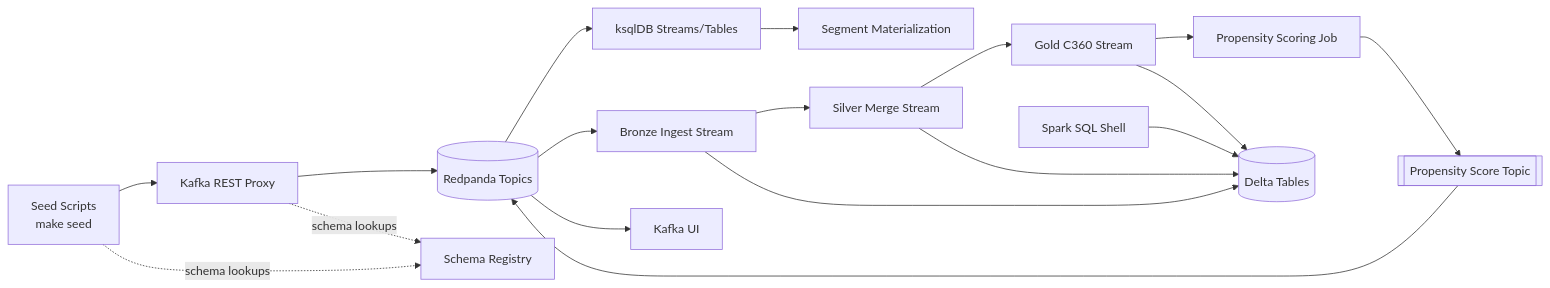
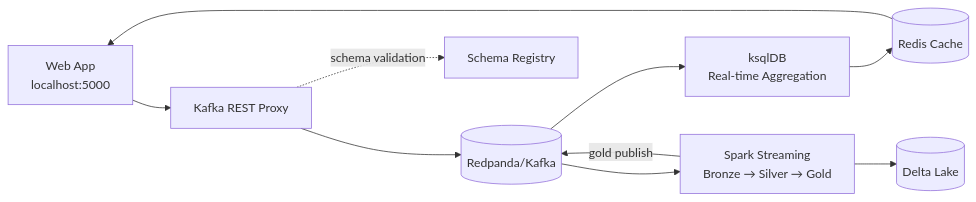
Before and after one commit to fbrzx/mkt-streams: the diagram in README.md, drawn with Mermaid. The commit also changed other lines of this file and 15 other files, not shown here.

````diff
--- a/README.md
+++ b/README.md
@@ -7,20 +15,12 @@
 ```mermaid
 flowchart LR
-    Seed[Seed Scripts<br/>make seed] --> REST[Kafka REST Proxy]
-    REST --> RP[(Redpanda Topics)]
-    Seed -. schema lookups .-> Schema[Schema Registry]
-    REST -. schema lookups .-> Schema
-    RP --> KSQL[ksqlDB Streams/Tables]
-    KSQL --> Segment[Segment Materialization]
-    RP --> SparkIngest[Bronze Ingest Stream]
-    SparkIngest --> SparkSilver[Silver Merge Stream]
-    SparkSilver --> SparkGold[Gold C360 Stream]
-    SparkGold --> Score[Propensity Scoring Job]
-    Score --> Propensity[[Propensity Score Topic]]
-    Propensity --> RP
-    RP --> KafkaUI[Kafka UI]
-    SparkIngest --> Delta[(Delta Tables)]
-    SparkSilver --> Delta
-    SparkGold --> Delta
-    SparkSQL[Spark SQL Shell] --> Delta
+    WebUI[Web App<br/>localhost:5000] --> REST[Kafka REST Proxy]
+    REST --> RP[(Redpanda/Kafka)]
+    REST -. schema validation .-> Schema[Schema Registry]
+    RP --> KSQL[ksqlDB<br/>Real-time Aggregation]
+    KSQL --> Redis[(Redis Cache)]
+    Redis --> WebUI
+    RP --> Spark[Spark Streaming<br/>Bronze → Silver → Gold]
+    Spark --> Delta[(Delta Lake)]
+    Spark -- gold publish --> RP
 ```
````
